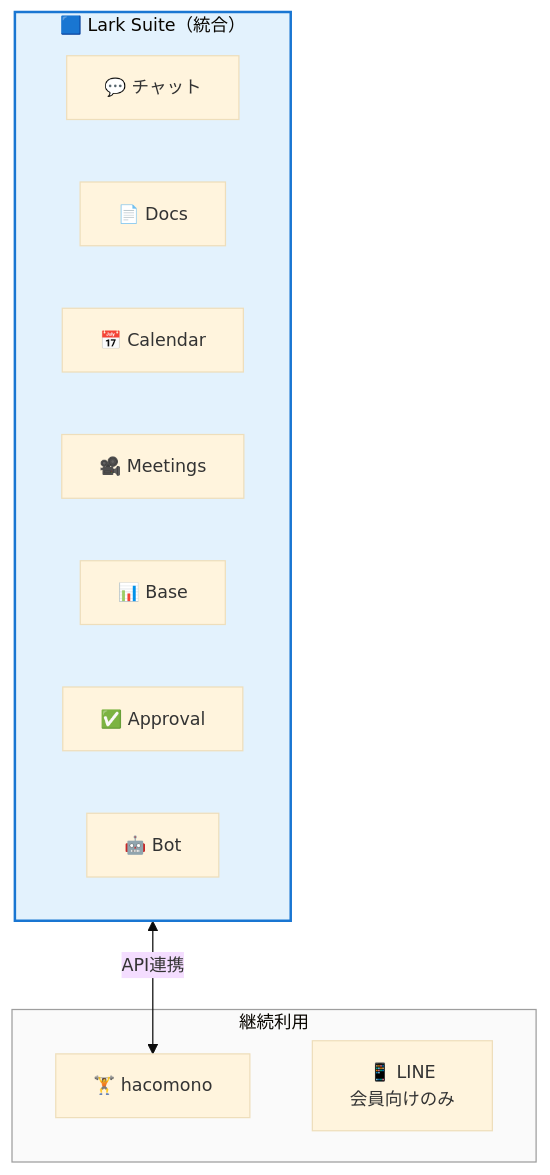
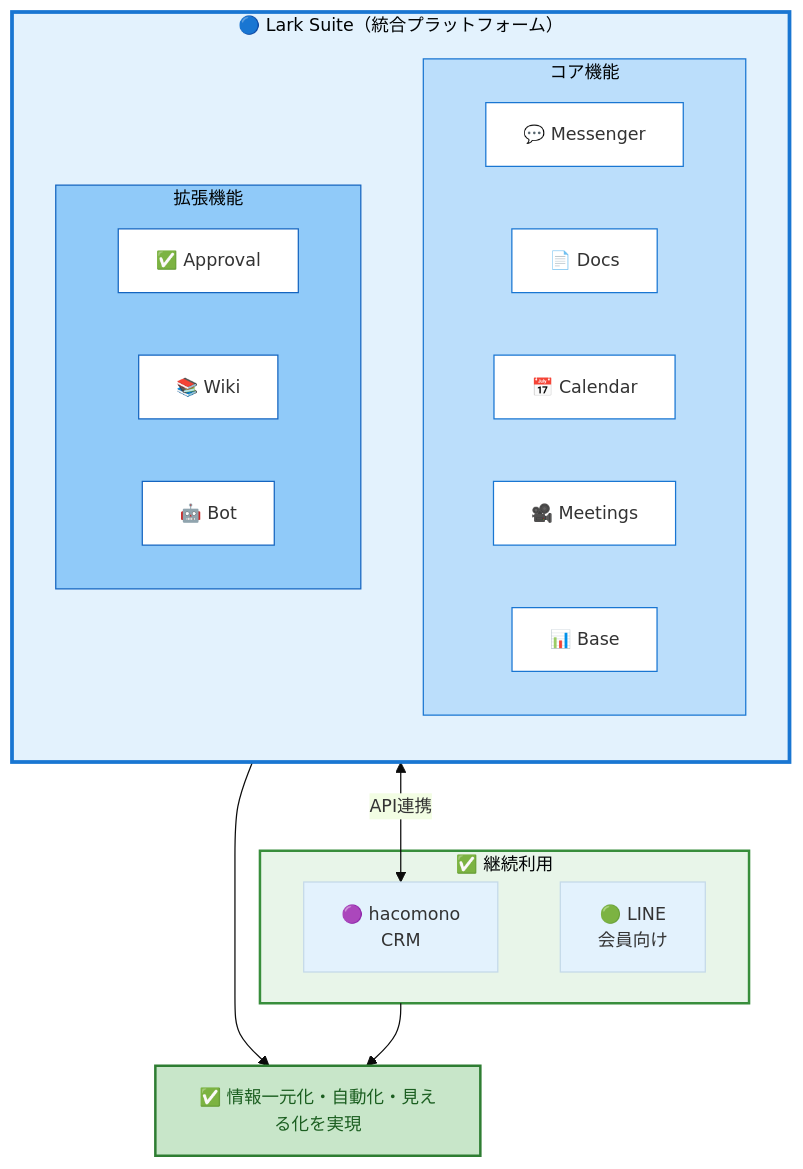
Before and after one commit to PLark-droid/lark-proposal: the sixth of 20 diagrams in docs/FITPLACE_LARK_PROPOSAL.md, drawn with Mermaid. The commit also changed other lines of this file, not shown here.

First line of the commit message:
docs: V1コンテンツベースにインフォグラフィック品質のMermaid図を適用

````diff
--- a/docs/FITPLACE_LARK_PROPOSAL.md
+++ b/docs/FITPLACE_LARK_PROPOSAL.md
@@ -183,23 +214,47 @@
 ```mermaid
-%%{init: {'theme': 'base', 'themeVariables': {'fontSize': '14px'}}}%%
+%%{init: {'theme': 'base', 'themeVariables': {'primaryColor': '#e3f2fd', 'fontSize': '14px'}}}%%
 flowchart TB
-    subgraph lark["🟦 Lark Suite（統合）"]
-        L1["💬 チャット"]
-        L2["📄 Docs"]
-        L3["📅 Calendar"]
-        L4["🎥 Meetings"]
-        L5["📊 Base"]
-        L6["✅ Approval"]
-        L7["🤖 Bot"]
+    subgraph lark["🔵 Lark Suite（統合プラットフォーム）"]
+        direction TB
+
+        subgraph core["コア機能"]
+            L1["💬 Messenger"]
+            L2["📄 Docs"]
+            L3["📅 Calendar"]
+            L4["🎥 Meetings"]
+            L5["📊 Base"]
+        end
+
+        subgraph advanced["拡張機能"]
+            L6["✅ Approval"]
+            L7["📚 Wiki"]
+            L8["🤖 Bot"]
+        end
     end
 
-    subgraph keep["継続利用"]
-        K1["🏋️ hacomono"]
-        K2["📱 LINE<br/>会員向けのみ"]
+    subgraph keep["✅ 継続利用"]
+        K1["🟣 hacomono<br/>CRM"]
+        K2["🟢 LINE<br/>会員向け"]
     end
 
-    lark <-->|API連携| K1
+    lark <-->|"API連携"| K1
+    lark ~~~ K2
 
-    style lark fill:#e3f2fd,stroke:#1976d2,stroke-width:2px
-    style keep fill:#fafafa,stroke:#9e9e9e
+    result["✅ 情報一元化・自動化・見える化を実現"]
+    lark --> result
+    keep --> result
+
+    style lark fill:#e3f2fd,stroke:#1976d2,stroke-width:3px
+    style core fill:#bbdefb,stroke:#1976d2
+    style advanced fill:#90caf9,stroke:#1565c0
+    style keep fill:#e8f5e9,stroke:#388e3c,stroke-width:2px
+    style result fill:#c8e6c9,stroke:#2e7d32,stroke-width:2px,color:#1b5e20
+    style L1 fill:#fff,stroke:#1976d2
+    style L2 fill:#fff,stroke:#1976d2
+    style L3 fill:#fff,stroke:#1976d2
+    style L4 fill:#fff,stroke:#1976d2
+    style L5 fill:#fff,stroke:#1976d2
+    style L6 fill:#fff,stroke:#1565c0
+    style L7 fill:#fff,stroke:#1565c0
+    style L8 fill:#fff,stroke:#1565c0
 ```
````
